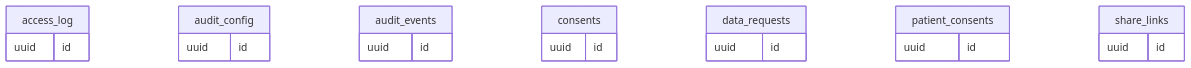
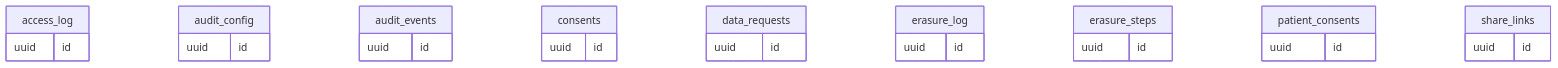
One commit to sakalyatechnologies/aarogyam changed diagram 12 of 13 in docs/database.md. Above: the diagram before and after it, drawn with Mermaid. The commit also changed other lines of this file and 30 other files, not shown here.

First line of the commit message:
feat(retention): erasure job with legal hold, per-clinic retention and a replayable log

````diff
--- a/docs/database.md
+++ b/docs/database.md
@@ -2573,24 +2578,30 @@
 ```mermaid
 erDiagram
   access_log {
     uuid id
   }
   audit_config {
     uuid id
   }
   audit_events {
     uuid id
   }
   consents {
     uuid id
   }
   data_requests {
     uuid id
   }
+  erasure_log {
+    uuid id
+  }
+  erasure_steps {
+    uuid id
+  }
   patient_consents {
     uuid id
   }
   share_links {
     uuid id
   }
 ```
````
